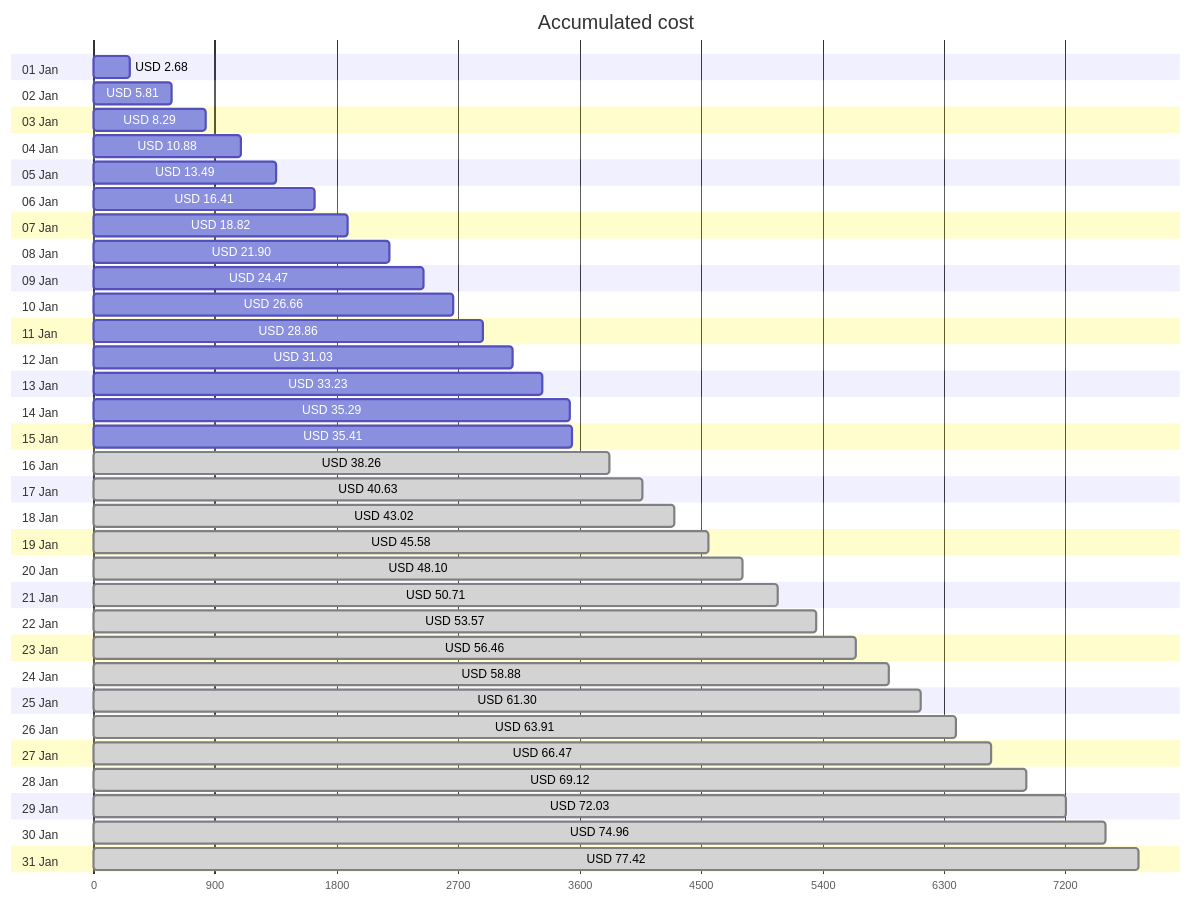
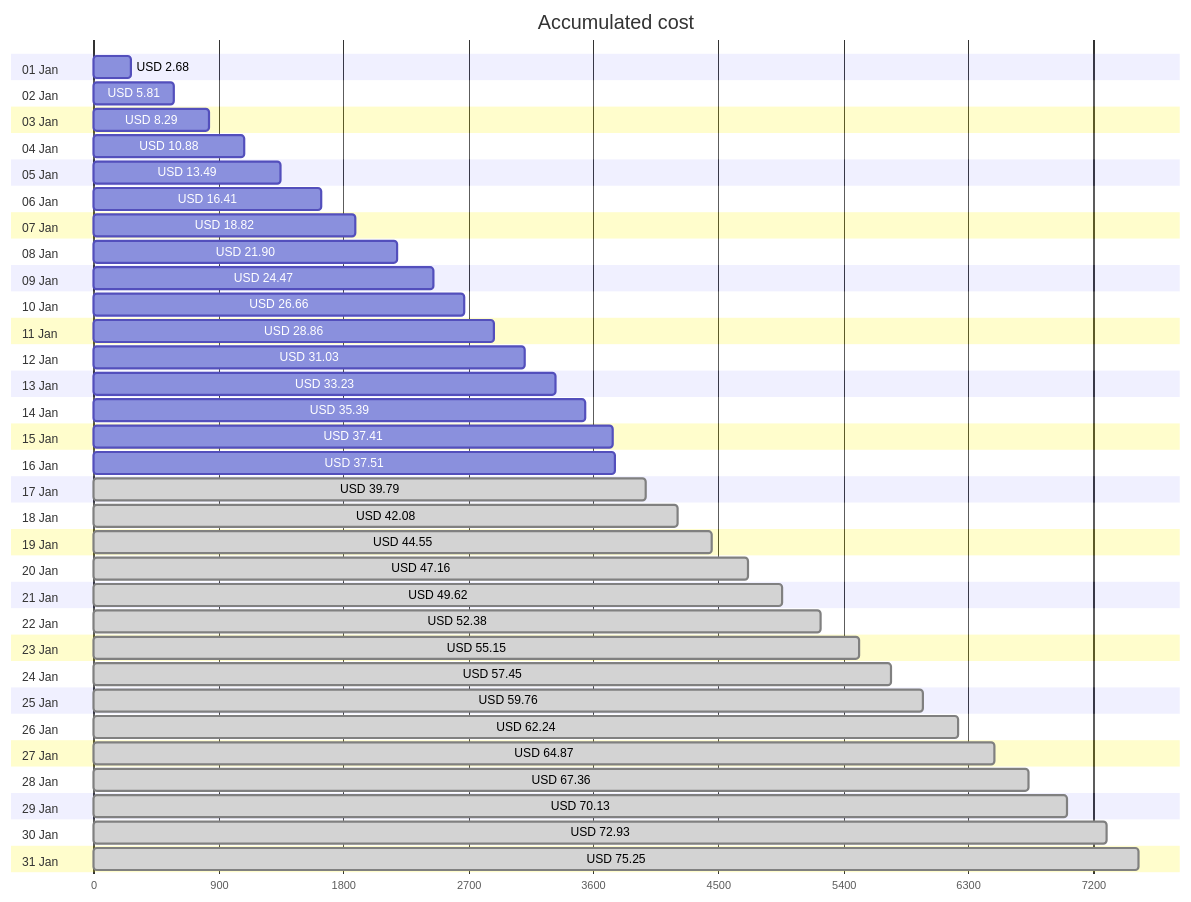
The first of 4 diagrams in cost-reports/accumulated-cost.md (jpfulton/azure-personal-reports), drawn with Mermaid before and after one commit. The commit also changed other lines of this file and 4 other files, not shown here.

````diff
--- a/cost-reports/accumulated-cost.md
+++ b/cost-reports/accumulated-cost.md
@@ -20,68 +20,68 @@
 ```mermaid
 gantt
    title Accumulated cost
    dateFormat  X
    axisFormat %s
    section 01 Jan
    USD 2.68 :0, 268
    section 02 Jan
    USD 5.81 :0, 581
    section 03 Jan
    USD 8.29 :0, 829
    section 04 Jan
    USD 10.88 :0, 1088
    section 05 Jan
    USD 13.49 :0, 1349
    section 06 Jan
    USD 16.41 :0, 1641
    section 07 Jan
    USD 18.82 :0, 1882
    section 08 Jan
    USD 21.90 :0, 2190
    section 09 Jan
    USD 24.47 :0, 2447
    section 10 Jan
    USD 26.66 :0, 2666
    section 11 Jan
    USD 28.86 :0, 2886
    section 12 Jan
    USD 31.03 :0, 3103
    section 13 Jan
    USD 33.23 :0, 3323
    section 14 Jan
-   USD 35.29 :0, 3529
+   USD 35.39 :0, 3539
    section 15 Jan
-   USD 35.41 :0, 3541
+   USD 37.41 :0, 3741
    section 16 Jan
-   USD 38.26 : done, 0, 3826
+   USD 37.51 :0, 3751
    section 17 Jan
-   USD 40.63 : done, 0, 4063
+   USD 39.79 : done, 0, 3979
    section 18 Jan
-   USD 43.02 : done, 0, 4302
+   USD 42.08 : done, 0, 4208
    section 19 Jan
-   USD 45.58 : done, 0, 4558
+   USD 44.55 : done, 0, 4455
    section 20 Jan
-   USD 48.10 : done, 0, 4810
+   USD 47.16 : done, 0, 4716
    section 21 Jan
-   USD 50.71 : done, 0, 5071
+   USD 49.62 : done, 0, 4962
    section 22 Jan
-   USD 53.57 : done, 0, 5357
+   USD 52.38 : done, 0, 5238
    section 23 Jan
-   USD 56.46 : done, 0, 5646
+   USD 55.15 : done, 0, 5515
    section 24 Jan
-   USD 58.88 : done, 0, 5888
+   USD 57.45 : done, 0, 5745
    section 25 Jan
-   USD 61.30 : done, 0, 6130
+   USD 59.76 : done, 0, 5976
    section 26 Jan
-   USD 63.91 : done, 0, 6391
+   USD 62.24 : done, 0, 6224
    section 27 Jan
-   USD 66.47 : done, 0, 6647
+   USD 64.87 : done, 0, 6487
    section 28 Jan
-   USD 69.12 : done, 0, 6912
+   USD 67.36 : done, 0, 6736
    section 29 Jan
-   USD 72.03 : done, 0, 7203
+   USD 70.13 : done, 0, 7013
    section 30 Jan
-   USD 74.96 : done, 0, 7496
+   USD 72.93 : done, 0, 7293
    section 31 Jan
-   USD 77.42 : done, 0, 7742
+   USD 75.25 : done, 0, 7525
 ```
````
